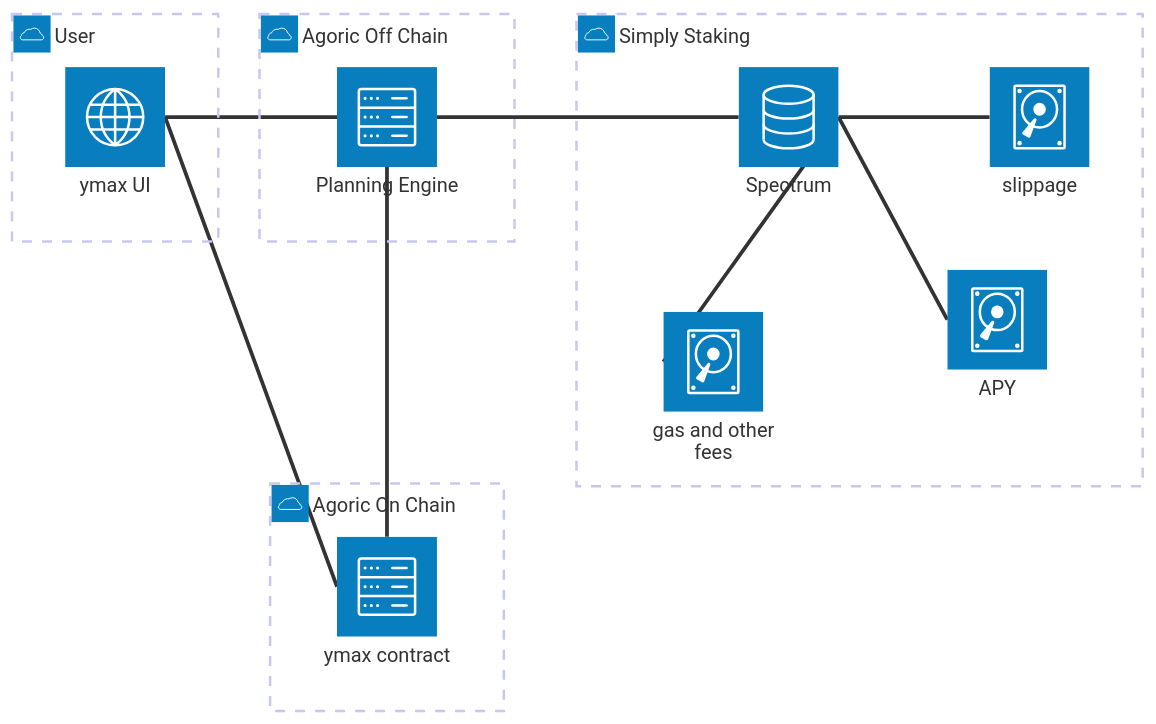
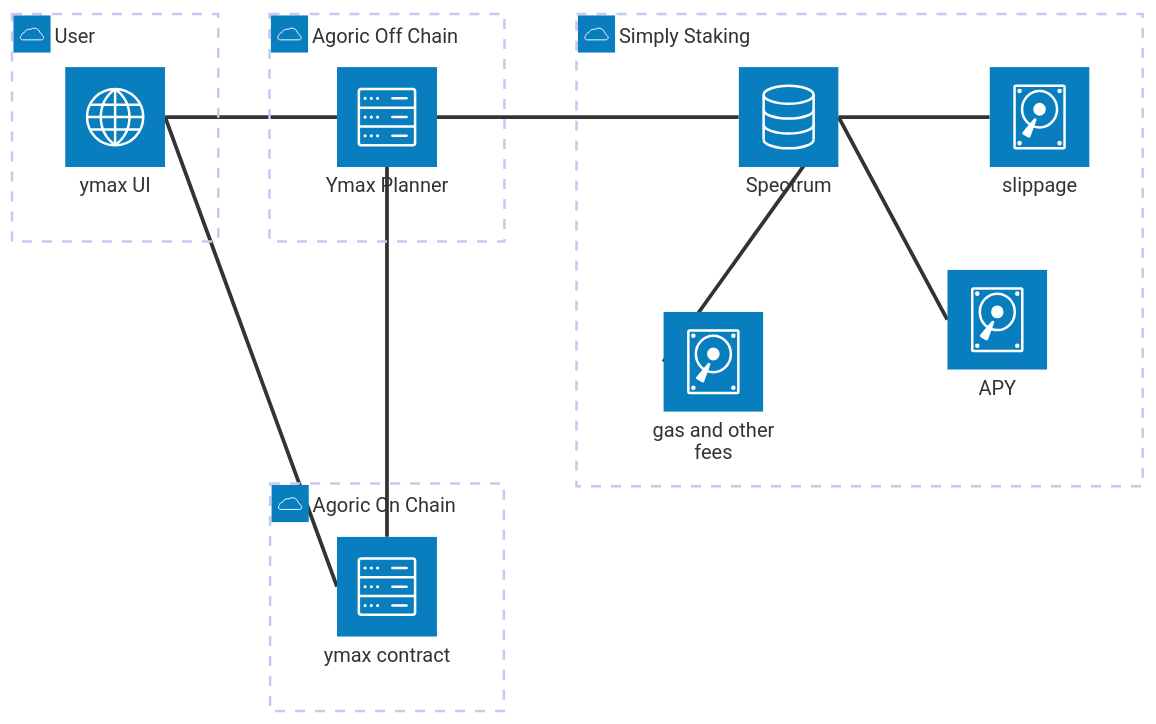
The first of 6 diagrams in packages/portfolio-contract/DESIGN-BETA.md (Agoric/agoric-sdk), drawn with Mermaid before and after one commit. The commit also changed other lines of this file, not shown here.

Commit message:
docs(portfolio-contract): rename to ymax planner, add rebalance diagram

````diff
--- a/packages/portfolio-contract/DESIGN-BETA.md
+++ b/packages/portfolio-contract/DESIGN-BETA.md
@@ -5,28 +5,28 @@
 ```mermaid
 architecture-beta
   group User(cloud)[User]
     service ymaxui(internet)[ymax UI] in User
 
     ymaxui:R -- L:ymaxcontract
     ymaxui:R -- L:PE
 
   group offchain(cloud)[Agoric Off Chain]
-    service PE(server)[Planning Engine] in offchain
+    service PE(server)[Ymax Planner] in offchain
 
     PE:R -- L:spectrum
 
   group onchain(cloud)[Agoric On Chain]
     service ymaxcontract(server)[ymax contract] in onchain
 
     PE:B -- T:ymaxcontract
 
   group SS(cloud)[Simply Staking]
     service spectrum(database)[Spectrum] in SS
     service APY(disk)[APY] in SS
     service fees(disk)[gas and other fees] in SS
     service slippage(disk)[slippage] in SS
 
     APY:L -- R:spectrum
     fees:L -- R:spectrum
     slippage:L -- R:spectrum
 ```
````
